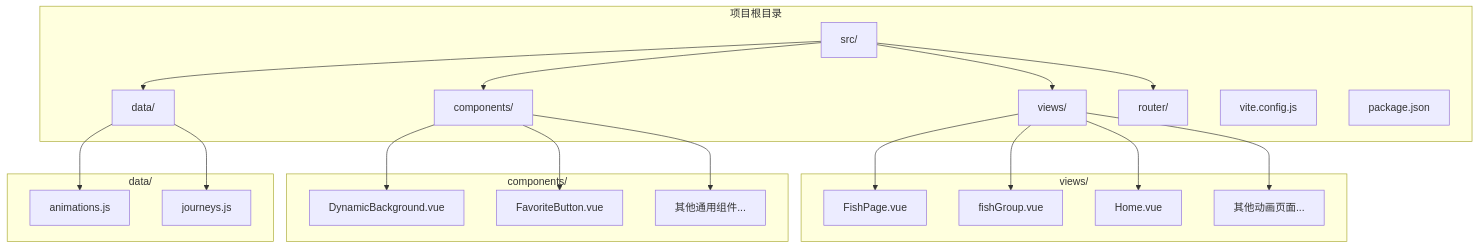
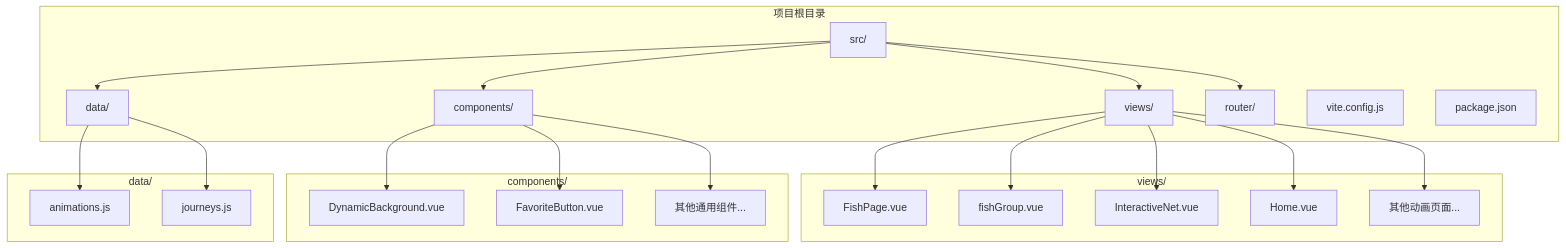
Before and after one commit to yuyezhizhi/yuyezhizhi.github.io: the first of 8 diagrams in .qoder/repowiki/zh/content/动画系统/鱼群动画.md, drawn with Mermaid. The commit also changed other lines of this file and 10 other files, not shown here.

````diff
--- a/.qoder/repowiki/zh/content/动画系统/鱼群动画.md
+++ b/.qoder/repowiki/zh/content/动画系统/鱼群动画.md
@@ -41,26 +48,27 @@
 ```mermaid
 graph TB
 subgraph "项目根目录"
 A[src/] --> B[views/]
 A --> C[components/]
 A --> D[data/]
 A --> E[router/]
 F[vite.config.js]
 G[package.json]
 end
 subgraph "views/"
 B --> B1[FishPage.vue]
 B --> B2[fishGroup.vue]
-B --> B3[Home.vue]
-B --> B4[其他动画页面...]
+B --> B3[InteractiveNet.vue]
+B --> B4[Home.vue]
+B --> B5[其他动画页面...]
 end
 subgraph "components/"
 C --> C1[DynamicBackground.vue]
 C --> C2[FavoriteButton.vue]
 C --> C3[其他通用组件...]
 end
 subgraph "data/"
 D --> D1[animations.js]
 D --> D2[journeys.js]
 end
 ```
````
